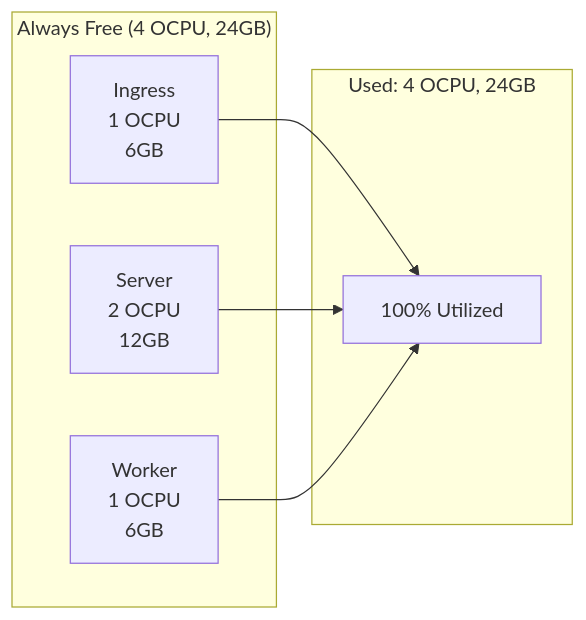
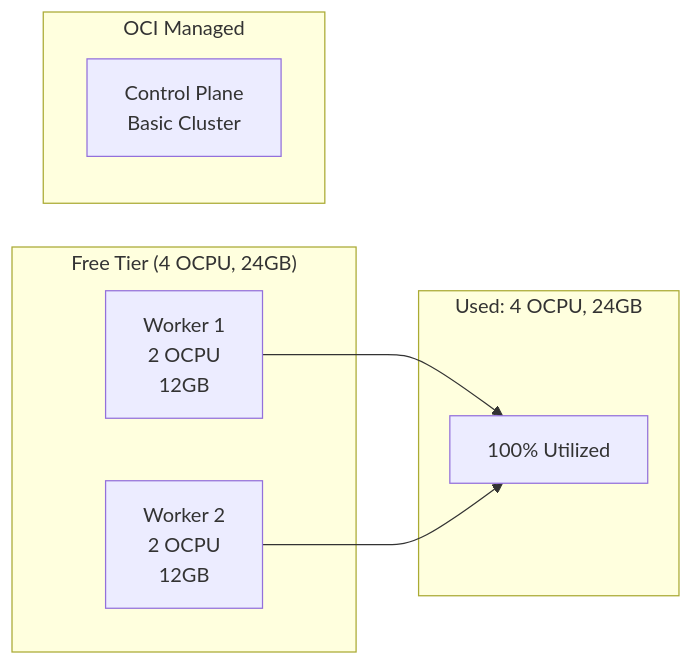
One commit to nsudhanva/k8s-oracle changed the second of 3 diagrams in docs/src/content/docs/architecture/always-free.md. Above: the diagram before and after it, drawn with Mermaid. The commit also changed other lines of this file and 16 other files, not shown here.

Commit message:
docs: update architecture to OKE and fix envoy gateway subnet

````diff
--- a/docs/src/content/docs/architecture/always-free.md
+++ b/docs/src/content/docs/architecture/always-free.md
@@ -28,16 +27,18 @@
 ```mermaid
 graph LR
-    subgraph Free["Always Free (4 OCPU, 24GB)"]
-        I[Ingress<br/>1 OCPU<br/>6GB]
-        S[Server<br/>2 OCPU<br/>12GB]
-        W[Worker<br/>1 OCPU<br/>6GB]
+    subgraph Free["Free Tier (4 OCPU, 24GB)"]
+        W1[Worker 1<br/>2 OCPU<br/>12GB]
+        W2[Worker 2<br/>2 OCPU<br/>12GB]
+    end
+
+    subgraph Managed["OCI Managed"]
+        CP[Control Plane<br/>Basic Cluster]
     end
 
     subgraph Used["Used: 4 OCPU, 24GB"]
         Total[100% Utilized]
     end
 
-    I --> Total
-    S --> Total
-    W --> Total
+    W1 --> Total
+    W2 --> Total
 ```
````
